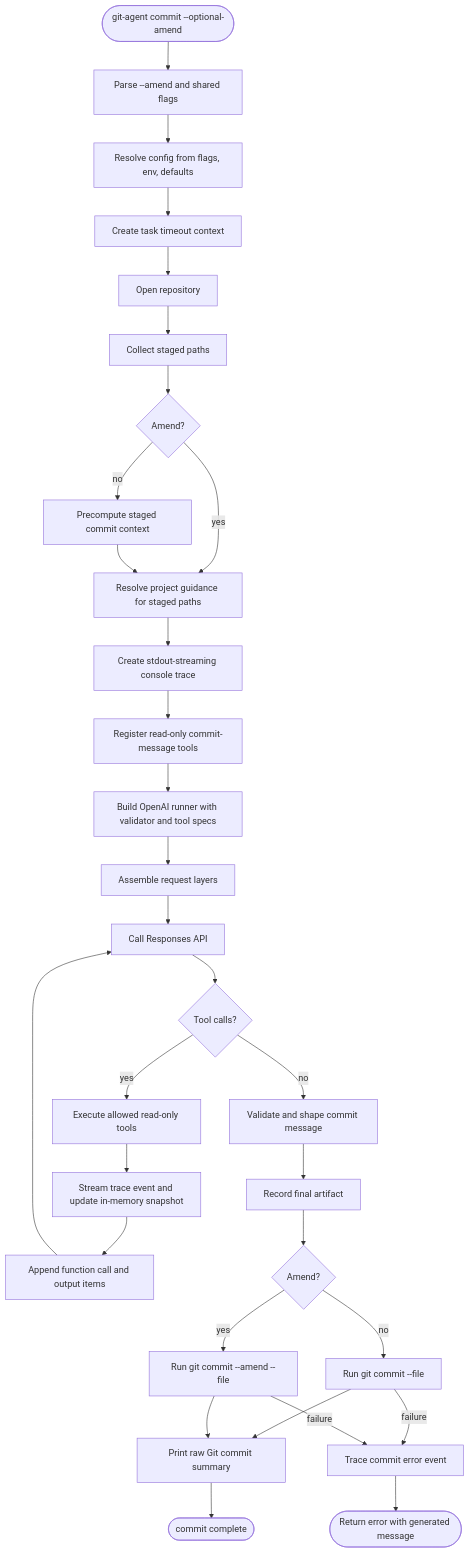
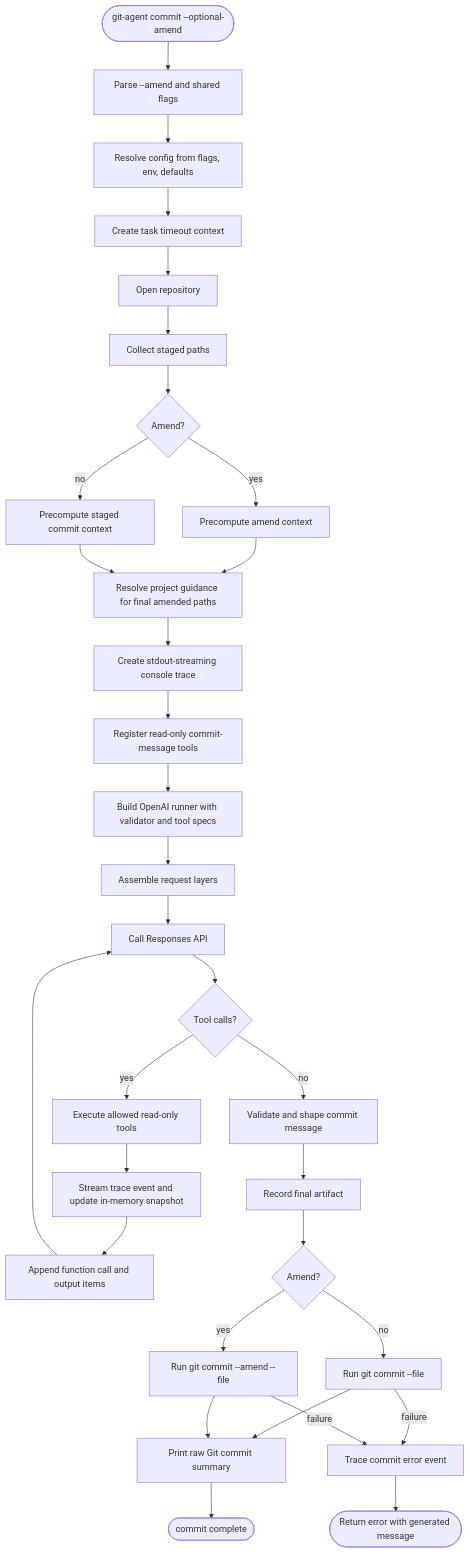
Before and after one commit to yusing/git-agent: the third of 5 diagrams in docs/spec.md, drawn with Mermaid. The commit also changed other lines of this file and 6 other files, not shown here.

First line of the commit message:
feat(commitmsg): precompute amend context before message generation

````diff
--- a/docs/spec.md
+++ b/docs/spec.md
@@ -367,33 +377,34 @@
 ```mermaid
 flowchart TD
     Start([git-agent commit --optional-amend]) --> Parse[Parse --amend and shared flags]
     Parse --> Resolve[Resolve config from flags, env, defaults]
     Resolve --> Timeout[Create task timeout context]
     Timeout --> OpenRepo[Open repository]
     OpenRepo --> StagedPaths[Collect staged paths]
     StagedPaths --> Mode{Amend?}
     Mode -- no --> Prepare[Precompute staged commit context]
-    Mode -- yes --> Guidance[Resolve project guidance for staged paths]
+    Mode -- yes --> PrepareAmend[Precompute amend context]
+    PrepareAmend --> Guidance[Resolve project guidance for final amended paths]
     Prepare --> Guidance
     Guidance --> Trace[Create stdout-streaming console trace]
     Trace --> Registry[Register read-only commit-message tools]
     Registry --> Runner[Build OpenAI runner with validator and tool specs]
     Runner --> Request[Assemble request layers]
     Request --> Model[Call Responses API]
     Model --> ToolDecision{Tool calls?}
     ToolDecision -- yes --> ExecuteTools[Execute allowed read-only tools]
     ExecuteTools --> RecordTools[Stream trace event and update in-memory snapshot]
     RecordTools --> Continue[Append function call and output items]
     Continue --> Model
     ToolDecision -- no --> Validate[Validate and shape commit message]
     Validate --> FinalTrace[Record final artifact]
     FinalTrace --> Commit{Amend?}
     Commit -- no --> GitCommit[Run git commit --file]
     Commit -- yes --> GitAmend[Run git commit --amend --file]
     GitCommit --> Summary[Print raw Git commit summary]
     GitAmend --> Summary
     Summary --> Done([commit complete])
     GitCommit -- failure --> ErrorTrace[Trace commit error event]
     GitAmend -- failure --> ErrorTrace
     ErrorTrace --> Manual([Return error with generated message])
 ```
````
